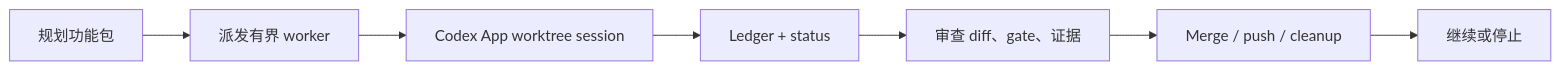
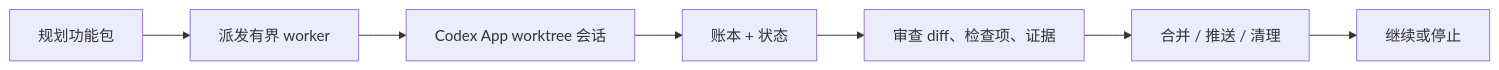
Before and after one commit to indiekitai/codex-orchestrator: the diagram in README.zh-CN.md, drawn with Mermaid. The commit also changed other lines of this file and 1 other file, not shown here.

````diff
--- a/README.zh-CN.md
+++ b/README.zh-CN.md
@@ -91,9 +91,9 @@
 ```mermaid
 flowchart LR
     plan["规划功能包"] --> dispatch["派发有界 worker"]
-    dispatch --> worktree["Codex App worktree session"]
-    worktree --> ledger["Ledger + status"]
-    ledger --> review["审查 diff、gate、证据"]
-    review --> merge["Merge / push / cleanup"]
+    dispatch --> worktree["Codex App worktree 会话"]
+    worktree --> ledger["账本 + 状态"]
+    ledger --> review["审查 diff、检查项、证据"]
+    review --> merge["合并 / 推送 / 清理"]
     merge --> next["继续或停止"]
 ```
````
